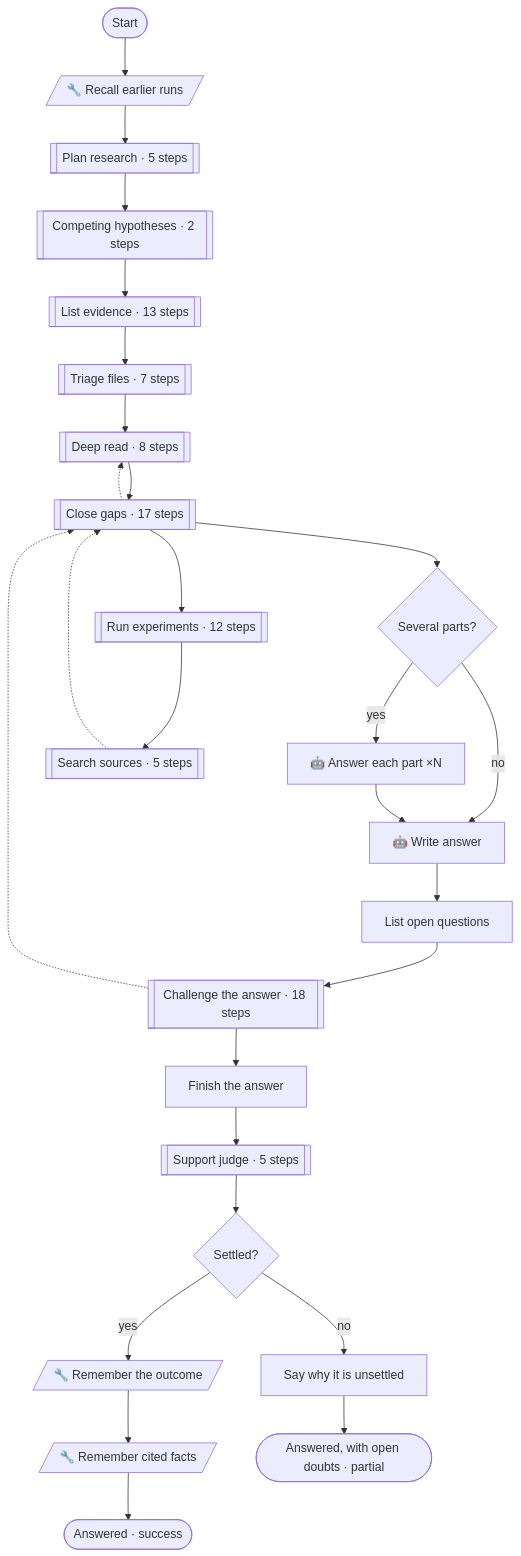
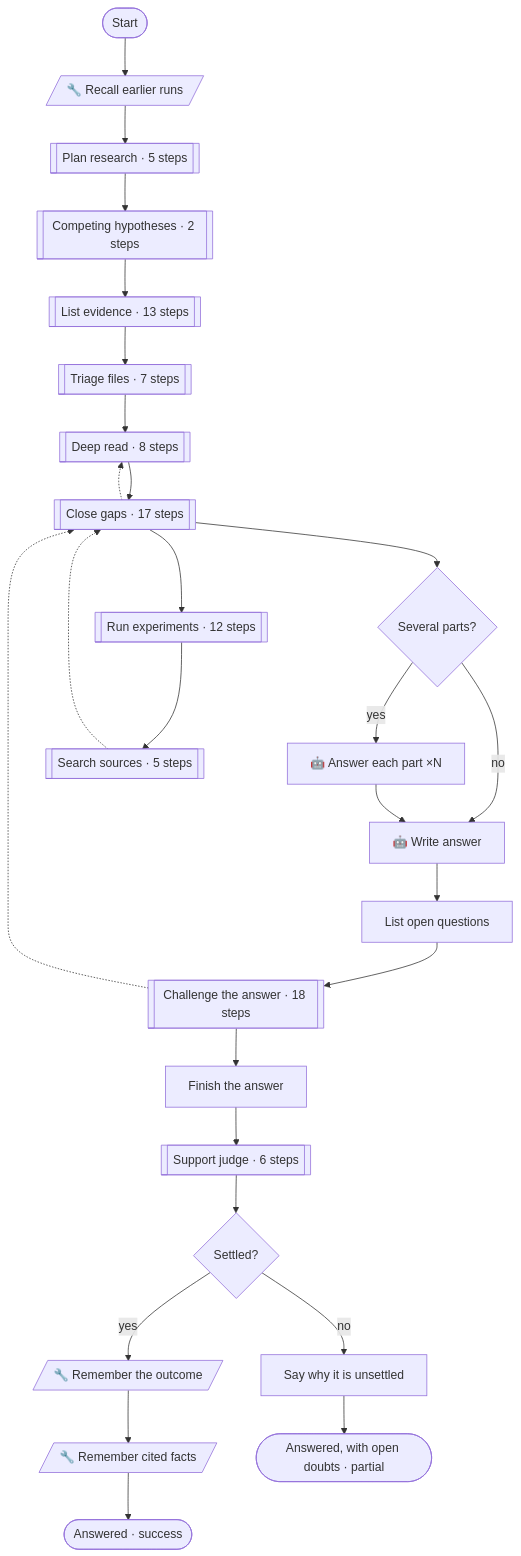
One commit to pirty6/symphony-core changed the first of 7 diagrams in docs/patterns.md. Above: the diagram before and after it, drawn with Mermaid. The commit also changed other lines of this file and 7 other files, not shown here.

First line of the commit message:
support judge: judge each quote with the lines around it

````diff
--- a/docs/patterns.md
+++ b/docs/patterns.md
@@ -91,52 +91,52 @@
 ```mermaid
 flowchart TD
   n_start(["Start"])
   n_recall[/"🔧 Recall earlier runs"/]
   n_multiPart{"Several parts?"}
   n_answerParts["🤖 Answer each part ×N"]
   n_answer["🤖 Write answer"]
   n_listOpen["List open questions"]
   n_attachParts["Finish the answer"]
   n_settled{"Settled?"}
   n_noteDoubts["Say why it is unsettled"]
   n_learnAnswer[/"🔧 Remember the outcome"/]
   n_rememberCited[/"🔧 Remember cited facts"/]
   n_done(["Answered · success"])
   n_doubts(["Answered, with open doubts · partial"])
   n_planPhase[["Plan research · 5 steps"]]
   n_hypothesesPhase[["Competing hypotheses · 2 steps"]]
   n_listPhase[["List evidence · 13 steps"]]
   n_triagePhase[["Triage files · 7 steps"]]
   n_deepPhase[["Deep read · 8 steps"]]
   n_experimentPhase[["Run experiments · 12 steps"]]
   n_sourcePhase[["Search sources · 5 steps"]]
   n_gapPhase[["Close gaps · 17 steps"]]
   n_challengePhase[["Challenge the answer · 18 steps"]]
-  n_judgePhase[["Support judge · 5 steps"]]
+  n_judgePhase[["Support judge · 6 steps"]]
   n_start --> n_recall
   n_recall --> n_planPhase
   n_planPhase --> n_hypothesesPhase
   n_hypothesesPhase --> n_listPhase
   n_listPhase --> n_triagePhase
   n_triagePhase --> n_deepPhase
   n_deepPhase --> n_gapPhase
   n_gapPhase --> n_experimentPhase
   n_experimentPhase --> n_sourcePhase
   n_sourcePhase -.-> n_gapPhase
   n_gapPhase -.-> n_deepPhase
   n_gapPhase --> n_multiPart
   n_multiPart -->|"yes"| n_answerParts
   n_multiPart -->|"no"| n_answer
   n_answerParts --> n_answer
   n_answer --> n_listOpen
   n_listOpen --> n_challengePhase
   n_challengePhase --> n_attachParts
   n_challengePhase -.-> n_gapPhase
   n_attachParts --> n_judgePhase
   n_judgePhase --> n_settled
   n_settled -->|"yes"| n_learnAnswer
   n_settled -->|"no"| n_noteDoubts
   n_learnAnswer --> n_rememberCited
   n_rememberCited --> n_done
   n_noteDoubts --> n_doubts
 ```
````
